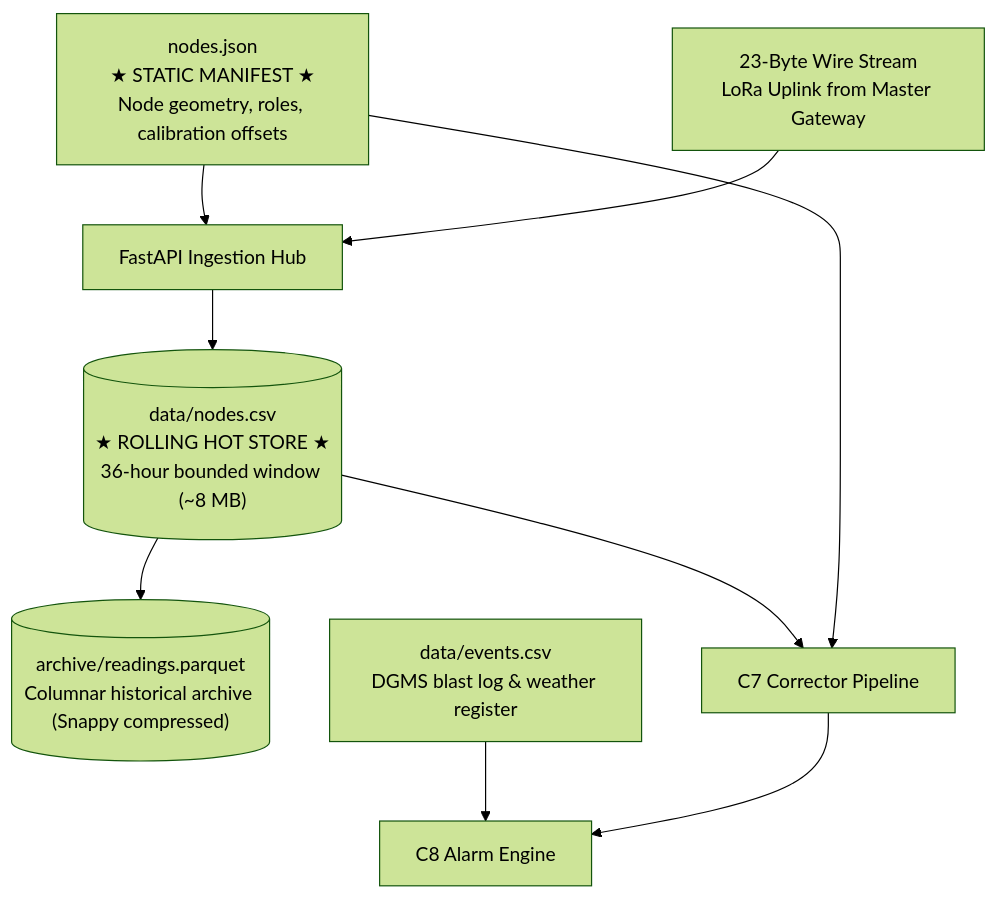
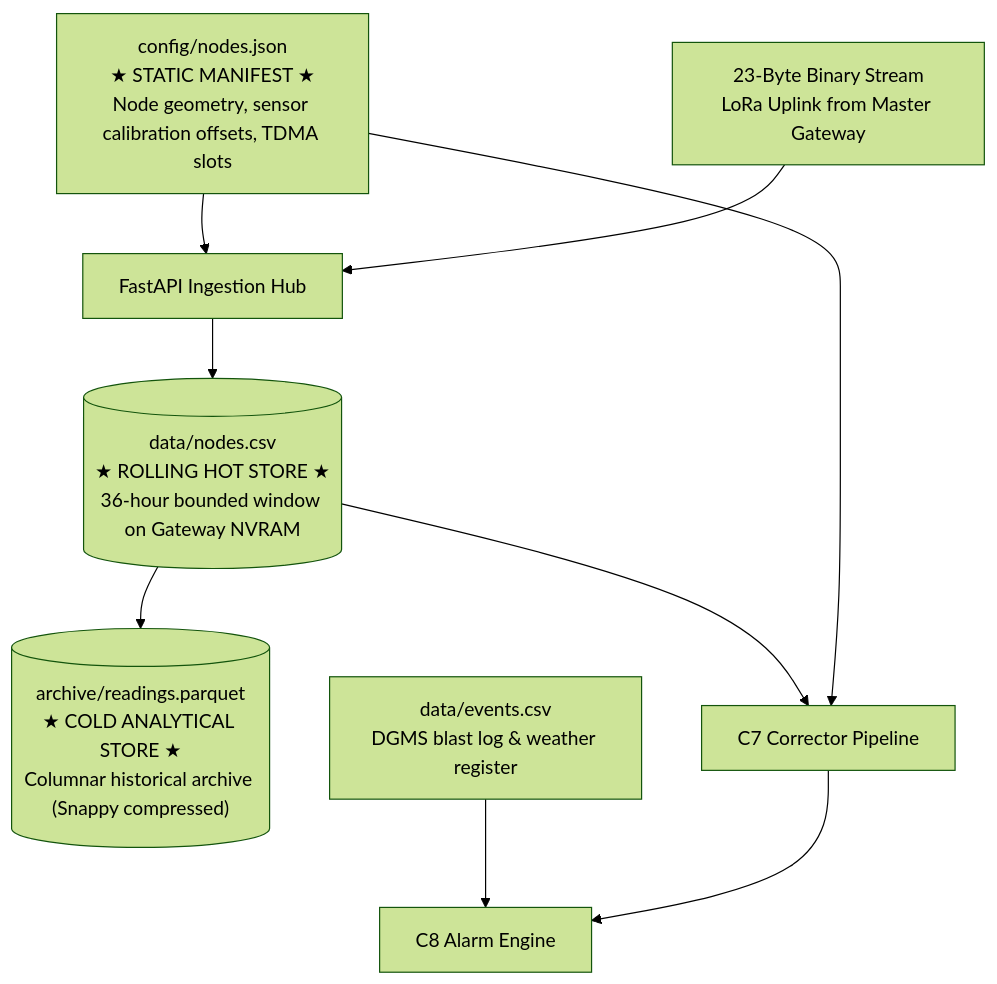
One commit to lively-life7/SIH-Documentation changed the diagram in docs/06-backend-pipeline/data-architecture.md. Above: the diagram before and after it, drawn with Mermaid (forest theme). The commit also changed other lines of this file and 44 other files, not shown here.

````diff
--- a/docs/06-backend-pipeline/data-architecture.md
+++ b/docs/06-backend-pipeline/data-architecture.md
@@ -12,11 +11,11 @@
 ```mermaid
 flowchart TD
-    CONFIG["nodes.json<br/>★ STATIC MANIFEST ★<br/>Node geometry, roles, calibration offsets"] --> INGEST["FastAPI Ingestion Hub"]
-    WIRE["23-Byte Wire Stream<br/>LoRa Uplink from Master Gateway"] --> INGEST
-    INGEST --> HOT[("data/nodes.csv<br/>★ ROLLING HOT STORE ★<br/>36-hour bounded window (~8 MB)")]
-    HOT --> PARQUET[("archive/readings.parquet<br/>Columnar historical archive (Snappy compressed)")]
+    CONFIG["config/nodes.json<br/>★ STATIC MANIFEST ★<br/>Node geometry, sensor calibration offsets, TDMA slots"] --> INGEST["FastAPI Ingestion Hub"]
+    WIRE["23-Byte Binary Stream<br/>LoRa Uplink from Master Gateway"] --> INGEST
+    INGEST --> HOT[("data/nodes.csv<br/>★ ROLLING HOT STORE ★<br/>36-hour bounded window on Gateway NVRAM")]
+    HOT --> PARQUET[("archive/readings.parquet<br/>★ COLD ANALYTICAL STORE ★<br/>Columnar historical archive (Snappy compressed)")]
     EVENTS["data/events.csv<br/>DGMS blast log & weather register"] --> C8["C8 Alarm Engine"]
     HOT --> C7["C7 Corrector Pipeline"]
     CONFIG --> C7
     C7 --> C8
 ```
````
